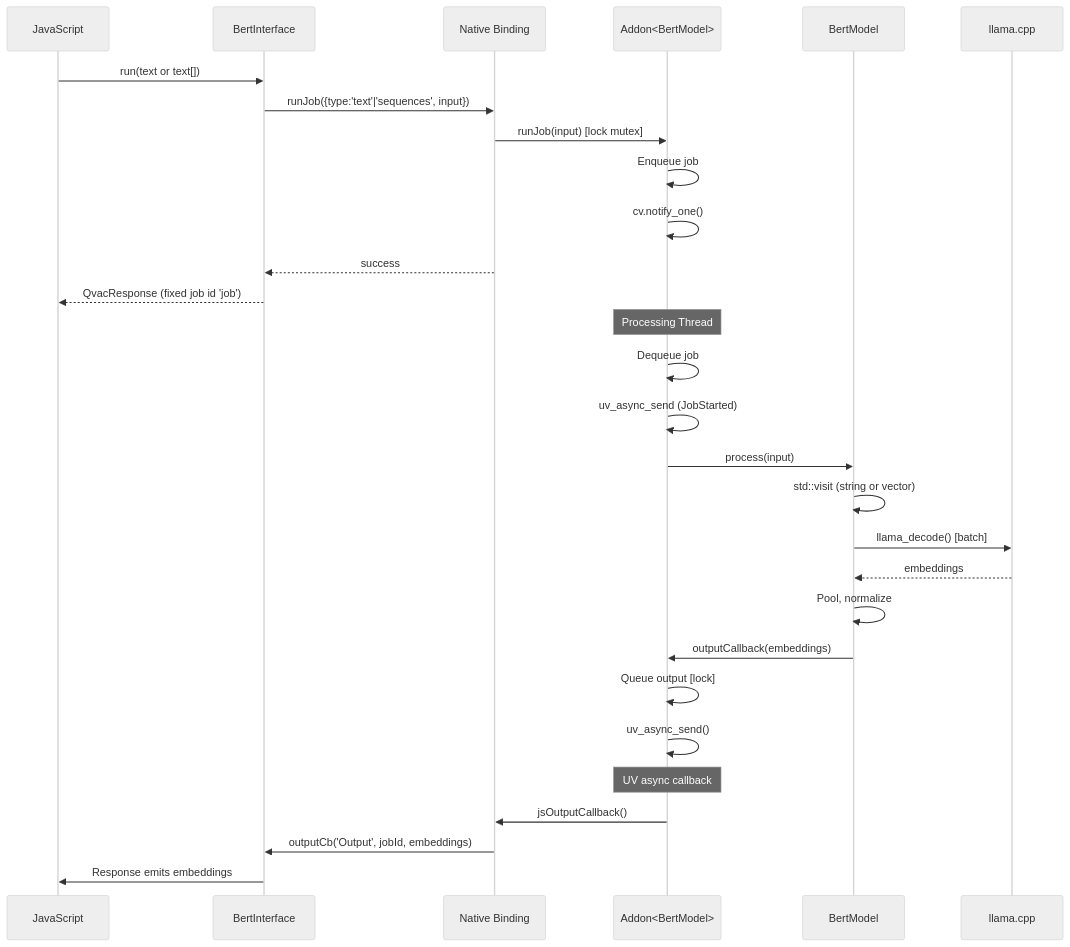
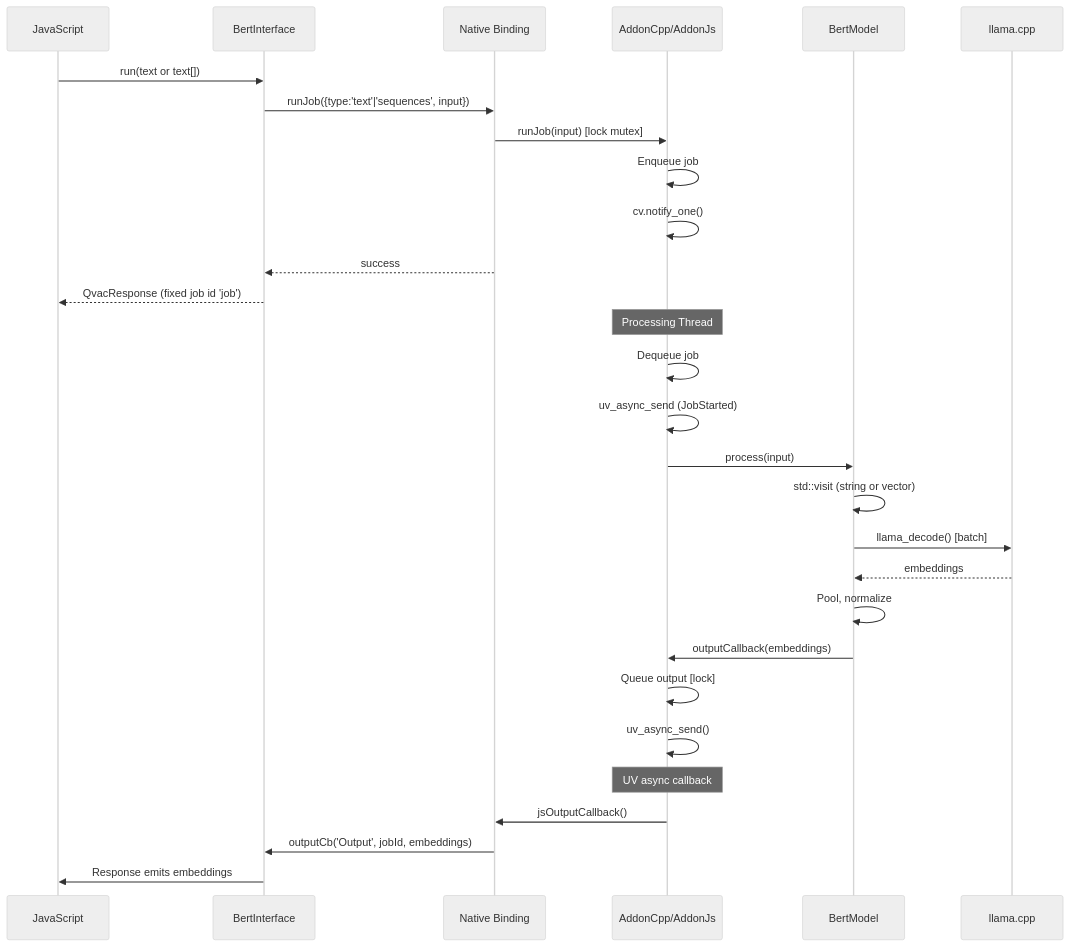
The fourth of 4 diagrams in packages/embed-llamacpp/docs/architecture.md (tetherto/qvac), drawn with Mermaid (neutral theme) before and after one commit. The commit also changed other lines of this file and 7 other files, not shown here.

First line of the commit message:
doc: refresh inference addon architecture docs

````diff
--- a/packages/embed-llamacpp/docs/architecture.md
+++ b/packages/embed-llamacpp/docs/architecture.md
@@ -414,35 +421,35 @@
 ```mermaid
 sequenceDiagram
     participant JS as JavaScript
     participant IF as BertInterface
     participant Bind as Native Binding
-    participant Addon as Addon<BertModel>
+    participant Addon as AddonCpp/AddonJs
     participant Model as BertModel
     participant Llama as llama.cpp
     
     JS->>IF: run(text or text[])
     IF->>Bind: runJob({type:'text'|'sequences', input})
     Bind->>Addon: runJob(input) [lock mutex]
     Addon->>Addon: Enqueue job
     Addon->>Addon: cv.notify_one()
     Bind-->>IF: success
     IF-->>JS: QvacResponse (fixed job id 'job')
     
     Note over Addon: Processing Thread
     Addon->>Addon: Dequeue job
     Addon->>Addon: uv_async_send (JobStarted)
     
     Addon->>Model: process(input)
     Model->>Model: std::visit (string or vector)
     Model->>Llama: llama_decode() [batch]
     Llama-->>Model: embeddings
     Model->>Model: Pool, normalize
     Model->>Addon: outputCallback(embeddings)
     Addon->>Addon: Queue output [lock]
     Addon->>Addon: uv_async_send()
     
     Note over Addon: UV async callback
     Addon->>Bind: jsOutputCallback()
     Bind->>IF: outputCb('Output', jobId, embeddings)
     IF->>JS: Response emits embeddings
 ```
````
